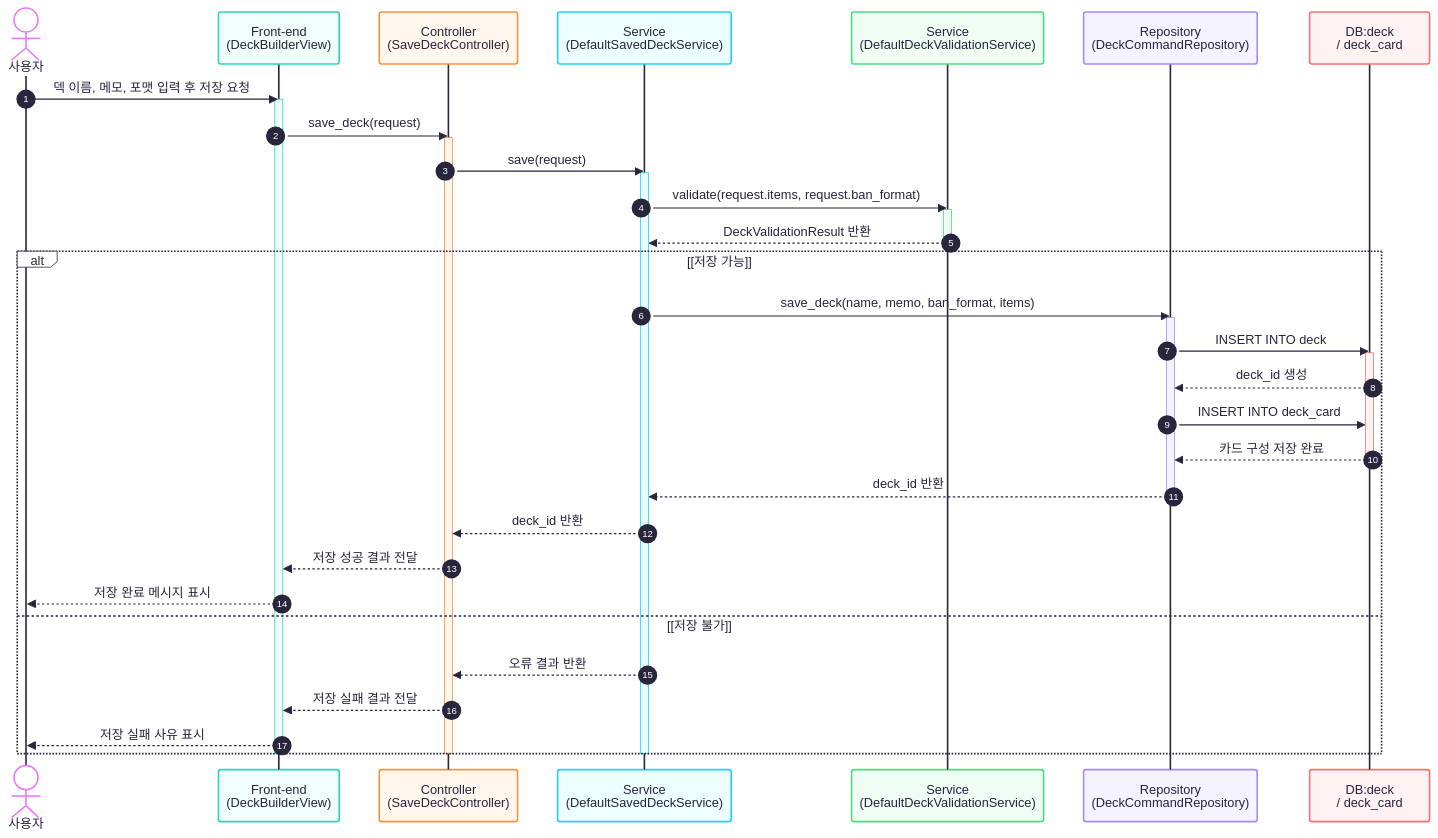
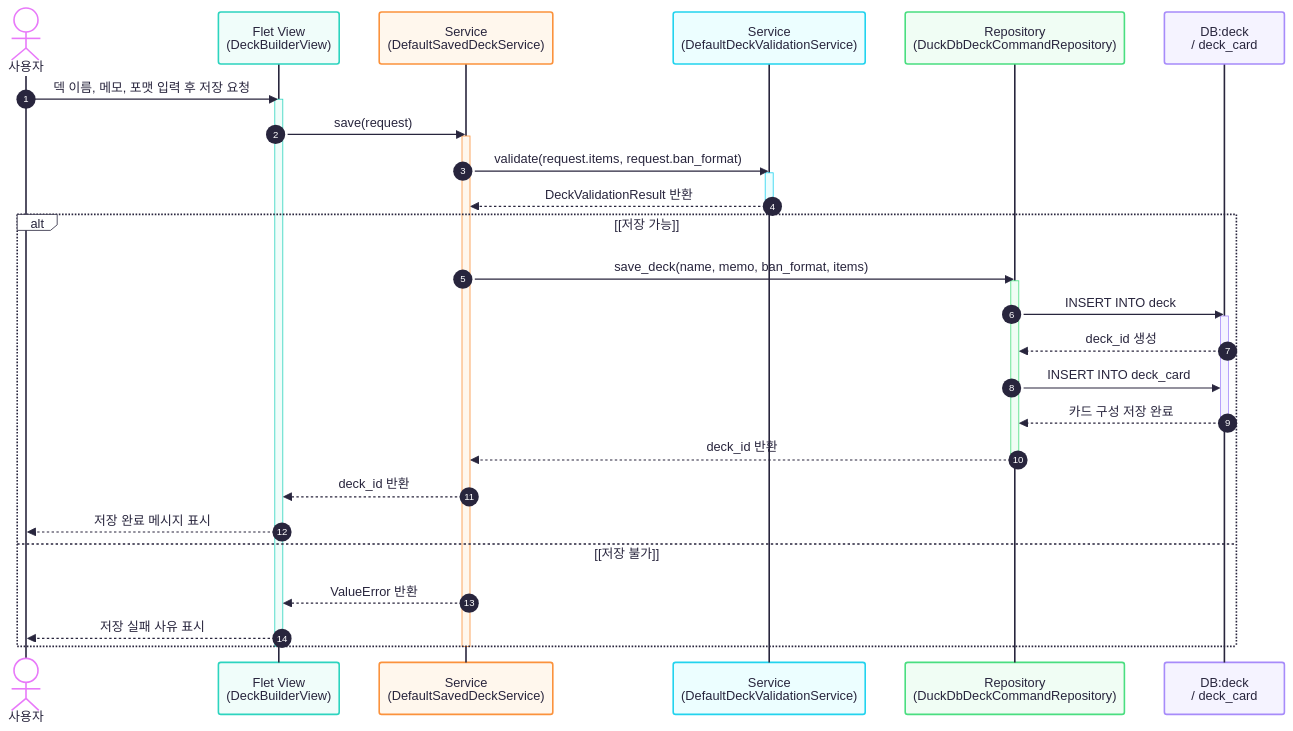
One commit to jsh42672/db_02_duckdb changed the diagram in docs/mermaid/08_seq_uc05_save_deck.mmd. Above: the diagram before and after it, drawn with Mermaid. The commit also changed 47 other files, not shown here.

```diff
--- a/docs/mermaid/08_seq_uc05_save_deck.mmd
+++ b/docs/mermaid/08_seq_uc05_save_deck.mmd
@@ -1,51 +1,45 @@
 ---
 config:
   theme: redux-color
 ---
 sequenceDiagram
     autonumber
 
     actor User as 사용자
-    participant FE as Front-end<br/>(DeckBuilderView)
-    participant Ctrl as Controller<br/>(SaveDeckController)
+    participant FE as Flet View<br/>(DeckBuilderView)
     participant Svc as Service<br/>(DefaultSavedDeckService)
     participant Validation as Service<br/>(DefaultDeckValidationService)
-    participant Repo as Repository<br/>(DeckCommandRepository)
+    participant Repo as Repository<br/>(DuckDbDeckCommandRepository)
     participant DB as DB:deck<br/>/ deck_card
 
     User->>FE: 덱 이름, 메모, 포맷 입력 후 저장 요청
     activate FE
-    FE->>Ctrl: save_deck(request)
-    activate Ctrl
-    Ctrl->>Svc: save(request)
+    FE->>Svc: save(request)
     activate Svc
 
     Svc->>Validation: validate(request.items, request.ban_format)
     activate Validation
     Validation-->>Svc: DeckValidationResult 반환
     deactivate Validation
 
     alt [저장 가능]
         Svc->>Repo: save_deck(name, memo, ban_format, items)
         activate Repo
         Repo->>DB: INSERT INTO deck
         activate DB
         DB-->>Repo: deck_id 생성
         Repo->>DB: INSERT INTO deck_card
         DB-->>Repo: 카드 구성 저장 완료
         deactivate DB
         Repo-->>Svc: deck_id 반환
         deactivate Repo
 
-        Svc-->>Ctrl: deck_id 반환
-        Ctrl-->>FE: 저장 성공 결과 전달
+        Svc-->>FE: deck_id 반환
         FE-->>User: 저장 완료 메시지 표시
     else [저장 불가]
-        Svc-->>Ctrl: 오류 결과 반환
-        Ctrl-->>FE: 저장 실패 결과 전달
+        Svc-->>FE: ValueError 반환
         FE-->>User: 저장 실패 사유 표시
     end
 
     deactivate Svc
-    deactivate Ctrl
     deactivate FE
```
